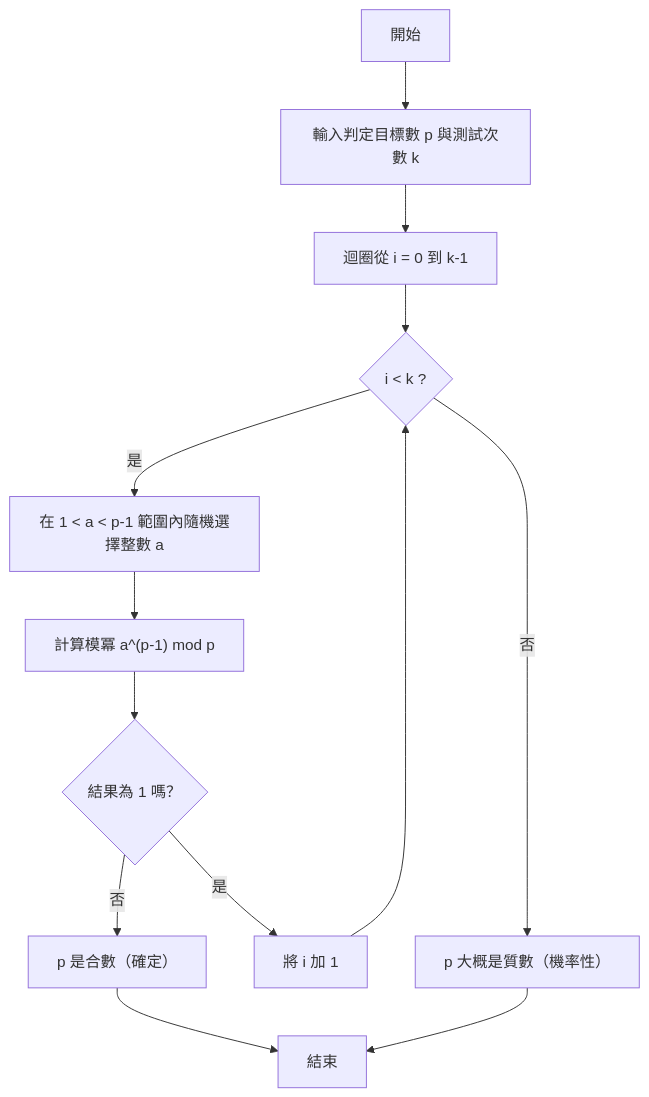
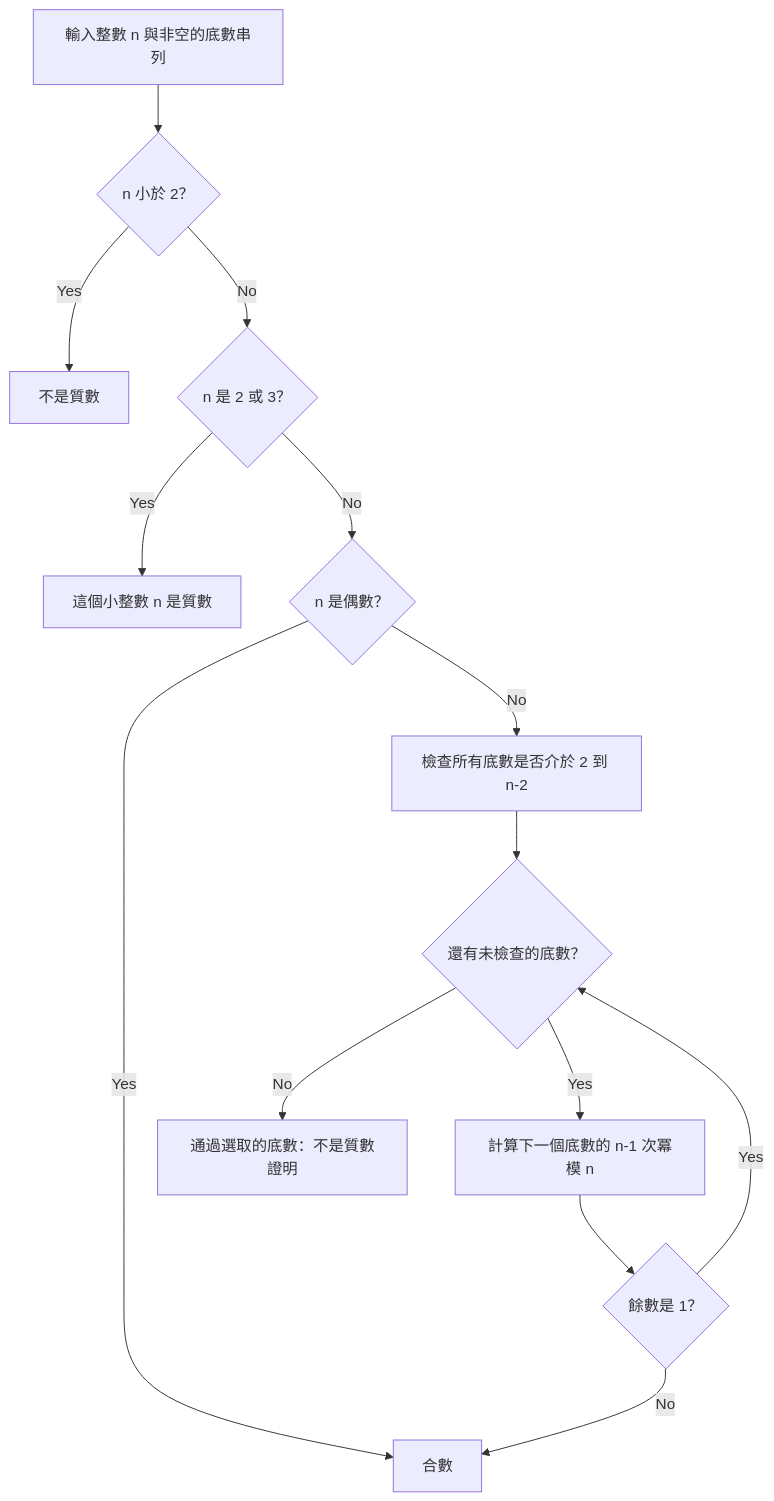
One commit to kenjinote/blog changed the first of 2 diagrams in content/post/フェルマーの小定理と暗号化/index.zh-tw.md. Above: the diagram before and after it, drawn with Mermaid. The commit also changed other lines of this file and 5 other files, not shown here.

````diff
--- a/content/post/フェルマーの小定理と暗号化/index.zh-tw.md
+++ b/content/post/フェルマーの小定理と暗号化/index.zh-tw.md
@@ -156,15 +70,16 @@
 ```mermaid
 flowchart TD
-    Start["開始"] --> Input["輸入判定目標數 p 與測試次數 k"]
-    Input --> LoopStart["迴圈從 i = 0 到 k-1"]
-    LoopStart --> Condition{"i < k ?"}
-    Condition -- 是 --> RandomA["在 1 < a < p-1 範圍內隨機選擇整數 a"]
-    RandomA --> Calc["計算模冪 a^(p-1) mod p"]
-    Calc --> CheckPrime{"結果為 1 嗎？"}
-    CheckPrime -- 否 --> ReturnComposite["p 是合數（確定）"]
-    CheckPrime -- 是 --> Increment["將 i 加 1"]
-    Increment --> Condition
-    Condition -- 否 --> ReturnPrime["p 大概是質數（機率性）"]
-    ReturnComposite --> End["結束"]
-    ReturnPrime --> End
+    Input["輸入整數 n 與非空的底數串列"] --> Small{"n 小於 2？"}
+    Small -- Yes --> NotPrime["不是質數"]
+    Small -- No --> Tiny{"n 是 2 或 3？"}
+    Tiny -- Yes --> Known["這個小整數 n 是質數"]
+    Tiny -- No --> Even{"n 是偶數？"}
+    Even -- Yes --> Composite["合數"]
+    Even -- No --> Validate["檢查所有底數是否介於 2 到 n-2"]
+    Validate --> Next{"還有未檢查的底數？"}
+    Next -- Yes --> Power["計算下一個底數的 n-1 次冪模 n"]
+    Power --> Check{"餘數是 1？"}
+    Check -- No --> Composite
+    Check -- Yes --> Next
+    Next -- No --> Pass["通過選取的底數：不是質數證明"]
 ```
````
